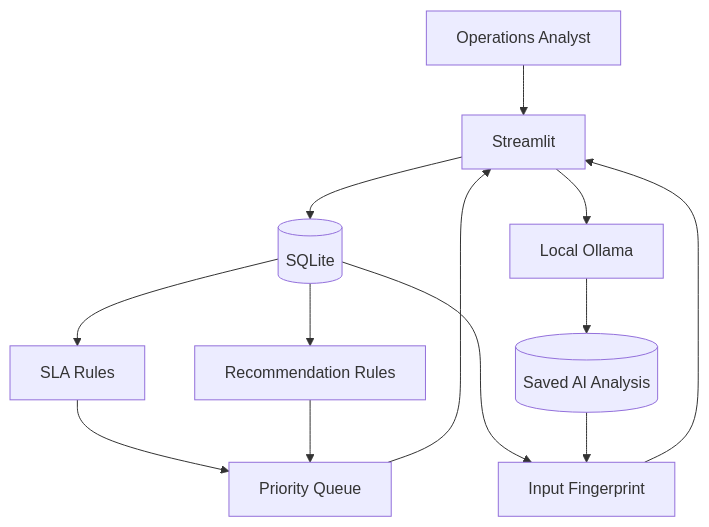
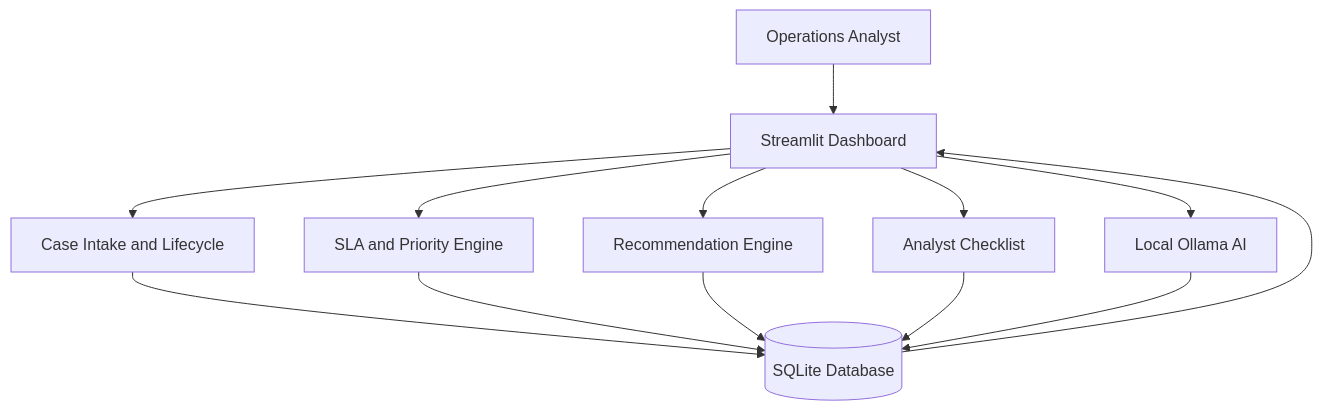
The diagram in README.md (PMF-agent/tax-operations-ai-intelligence), drawn with Mermaid before and after one commit. The commit also changed other lines of this file and 13 other files, not shown here.

Commit message:
Release Tax Operations AI Intelligence dashboard with analyst workflows

````diff
--- a/README.md
+++ b/README.md
@@ -39,15 +31,15 @@
 ```mermaid
 flowchart TD
-    U[Operations Analyst] --> UI[Streamlit]
-    UI --> DB[(SQLite)]
-    DB --> SLA[SLA Rules]
-    DB --> REC[Recommendation Rules]
-    UI --> AI[Local Ollama]
-    AI --> SAVED[(Saved AI Analysis)]
-    DB --> F[Input Fingerprint]
-    SAVED --> F
-    SLA --> Q[Priority Queue]
-    REC --> Q
-    F --> UI
-    Q --> UI
+    A[Operations Analyst] --> B[Streamlit Dashboard]
+    B --> C[Case Intake and Lifecycle]
+    B --> D[SLA and Priority Engine]
+    B --> E[Recommendation Engine]
+    B --> F[Analyst Checklist]
+    B --> G[Local Ollama AI]
+    C --> H[(SQLite Database)]
+    D --> H
+    E --> H
+    F --> H
+    G --> H
+    H --> B
 ```
````
